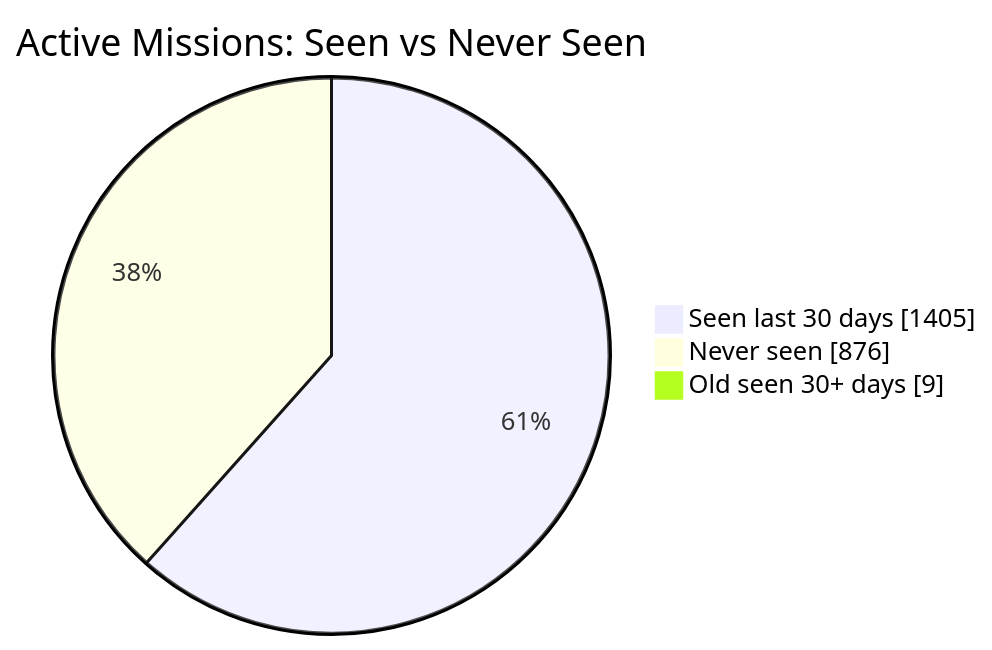
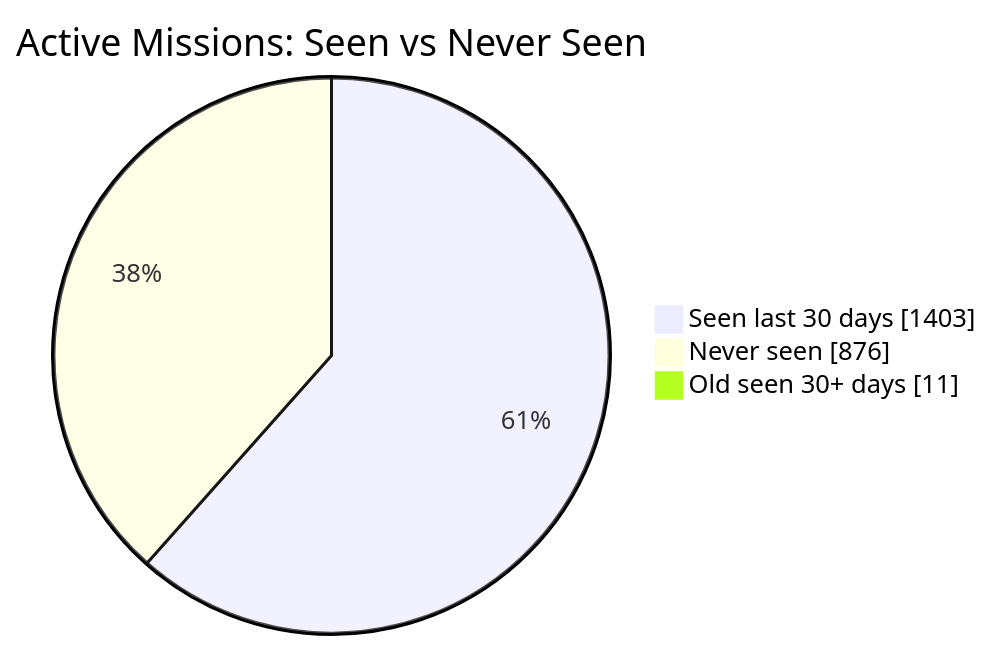
One commit to MeldkamerspelGameTeam/active-missions changed the first of 2 diagrams in README.md. Above: the diagram before and after it, drawn with Mermaid. The commit also changed other lines of this file and 3 other files, not shown here.

````diff
--- a/README.md
+++ b/README.md
@@ -34,7 +34,7 @@
 ```mermaid
 pie showData
     title Active Missions: Seen vs Never Seen
-    "Seen last 30 days" : 1405
+    "Seen last 30 days" : 1403
     "Never seen" : 876
-    "Old seen 30+ days" : 9
+    "Old seen 30+ days" : 11
 ```
````
